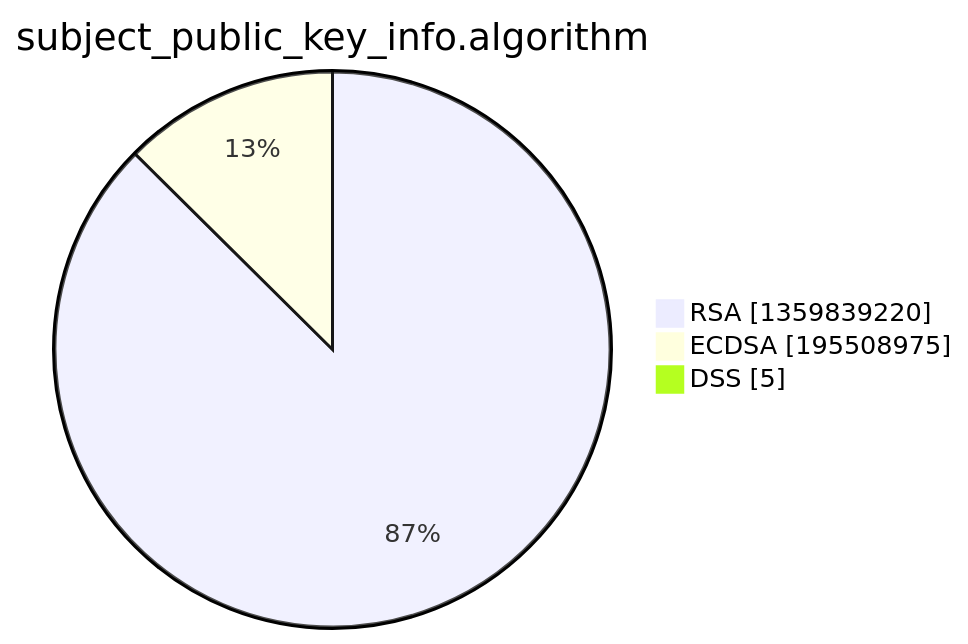
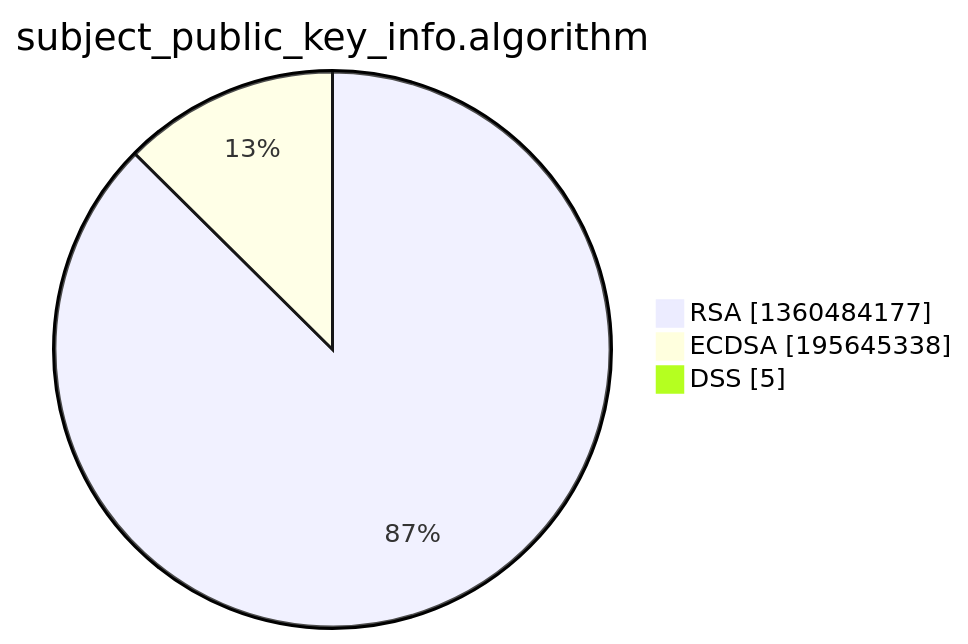
One commit to christiankrug/ctmonitor_visualization changed the third of 15 diagrams in xenon2022/README.md. Above: the diagram before and after it, drawn with Mermaid. The commit also changed other lines of this file, not shown here.

````diff
--- a/xenon2022/README.md
+++ b/xenon2022/README.md
@@ -14,7 +14,7 @@
 ```mermaid
 pie showData
 title subject_public_key_info.algorithm
-"RSA" :1359839220
-"ECDSA" :195508975
+"RSA" :1360484177
+"ECDSA" :195645338
 "DSS" :5
 ```
````
